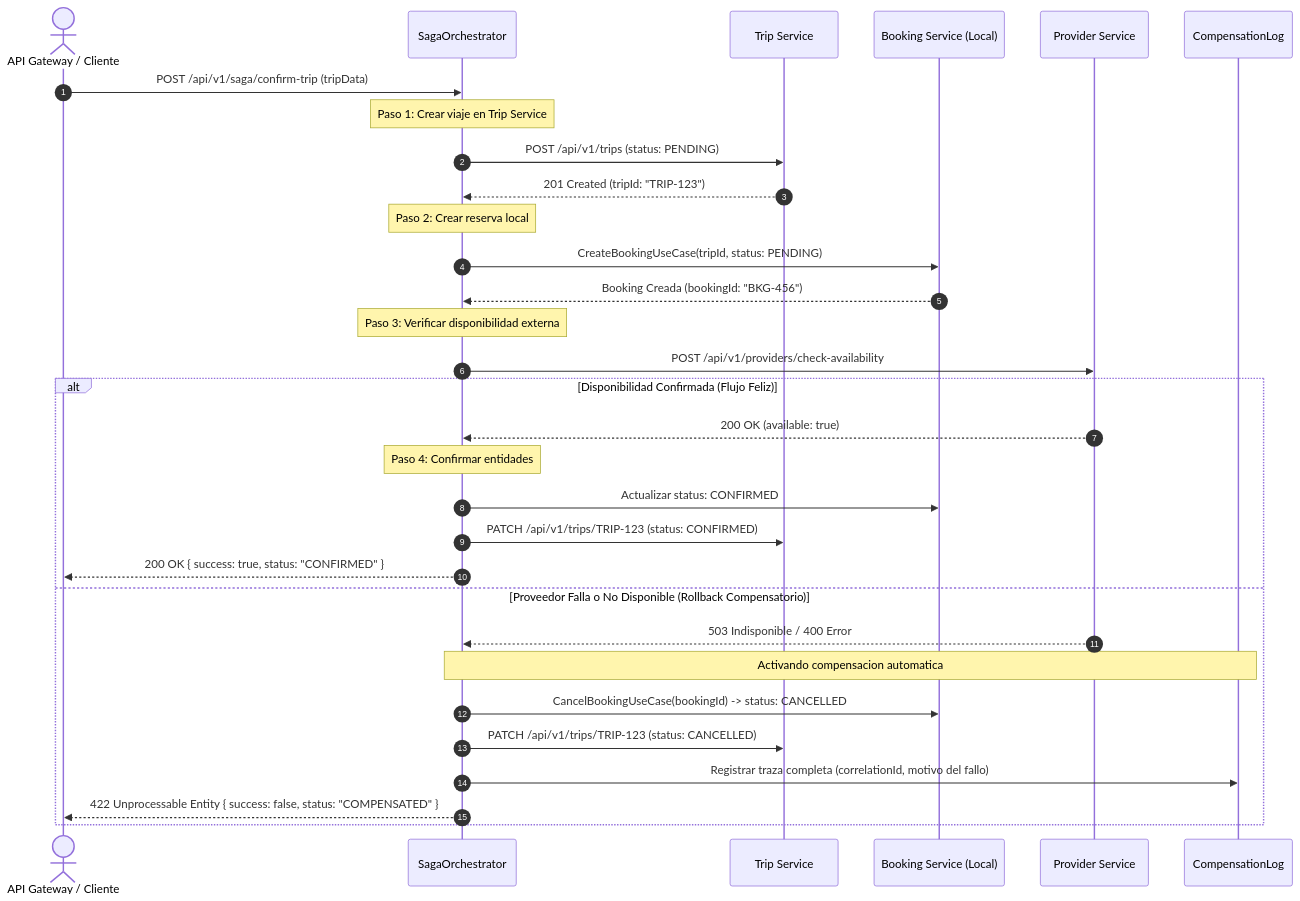
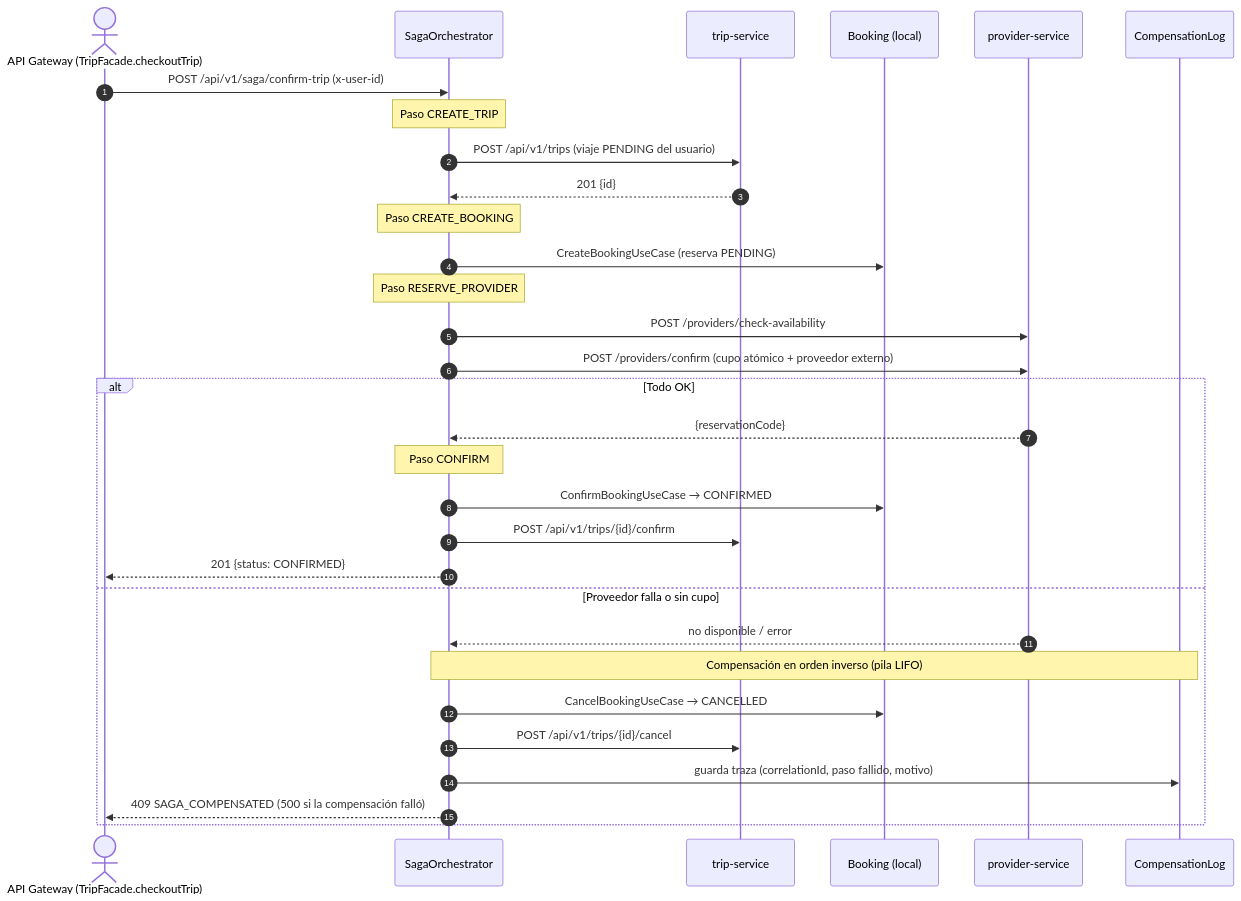
The fourth of 7 diagrams in docs/c4/c4-level3-components.md (ALEXYSALCED0/Wayvo), drawn with Mermaid before and after one commit. The commit also changed other lines of this file and 4 other files, not shown here.

````diff
--- a/docs/c4/c4-level3-components.md
+++ b/docs/c4/c4-level3-components.md
@@ -96,37 +186,35 @@
 ```mermaid
 sequenceDiagram
     autonumber
-    actor Cliente as API Gateway / Cliente
+    actor GW as API Gateway (TripFacade.checkoutTrip)
     participant Saga as SagaOrchestrator
-    participant Trip as Trip Service
-    participant Booking as Booking Service (Local)
-    participant Provider as Provider Service
+    participant Trip as trip-service
+    participant Booking as Booking (local)
+    participant Provider as provider-service
     participant Log as CompensationLog
 
-    Cliente->>Saga: POST /api/v1/saga/confirm-trip (tripData)
-    Note over Saga: Paso 1: Crear viaje en Trip Service
-    Saga->>Trip: POST /api/v1/trips (status: PENDING)
-    Trip-->>Saga: 201 Created (tripId: "TRIP-123")
-    
-    Note over Saga: Paso 2: Crear reserva local
-    Saga->>Booking: CreateBookingUseCase(tripId, status: PENDING)
-    Booking-->>Saga: Booking Creada (bookingId: "BKG-456")
+    GW->>Saga: POST /api/v1/saga/confirm-trip (x-user-id)
+    Note over Saga: Paso CREATE_TRIP
+    Saga->>Trip: POST /api/v1/trips (viaje PENDING del usuario)
+    Trip-->>Saga: 201 {id}
+    Note over Saga: Paso CREATE_BOOKING
+    Saga->>Booking: CreateBookingUseCase (reserva PENDING)
+    Note over Saga: Paso RESERVE_PROVIDER
+    Saga->>Provider: POST /providers/check-availability
+    Saga->>Provider: POST /providers/confirm (cupo atómico + proveedor externo)
 
-    Note over Saga: Paso 3: Verificar disponibilidad externa
-    Saga->>Provider: POST /api/v1/providers/check-availability
-    
-    alt Disponibilidad Confirmada (Flujo Feliz)
-        Provider-->>Saga: 200 OK (available: true)
-        Note over Saga: Paso 4: Confirmar entidades
-        Saga->>Booking: Actualizar status: CONFIRMED
-        Saga->>Trip: PATCH /api/v1/trips/TRIP-123 (status: CONFIRMED)
-        Saga-->>Cliente: 200 OK { success: true, status: "CONFIRMED" }
-    else Proveedor Falla o No Disponible (Rollback Compensatorio)
-        Provider-->>Saga: 503 Indisponible / 400 Error
-        Note over Saga,Log: Activando compensacion automatica
-        Saga->>Booking: CancelBookingUseCase(bookingId) -> status: CANCELLED
-        Saga->>Trip: PATCH /api/v1/trips/TRIP-123 (status: CANCELLED)
-        Saga->>Log: Registrar traza completa (correlationId, motivo del fallo)
-        Saga-->>Cliente: 422 Unprocessable Entity { success: false, status: "COMPENSATED" }
+    alt Todo OK
+        Provider-->>Saga: {reservationCode}
+        Note over Saga: Paso CONFIRM
+        Saga->>Booking: ConfirmBookingUseCase → CONFIRMED
+        Saga->>Trip: POST /api/v1/trips/{id}/confirm
+        Saga-->>GW: 201 {status: CONFIRMED}
+    else Proveedor falla o sin cupo
+        Provider-->>Saga: no disponible / error
+        Note over Saga,Log: Compensación en orden inverso (pila LIFO)
+        Saga->>Booking: CancelBookingUseCase → CANCELLED
+        Saga->>Trip: POST /api/v1/trips/{id}/cancel
+        Saga->>Log: guarda traza (correlationId, paso fallido, motivo)
+        Saga-->>GW: 409 SAGA_COMPENSATED (500 si la compensación falló)
     end
 ```
````
